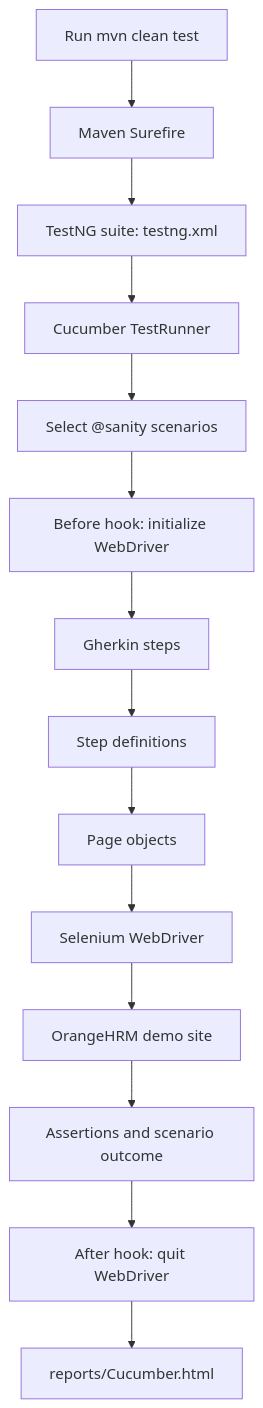
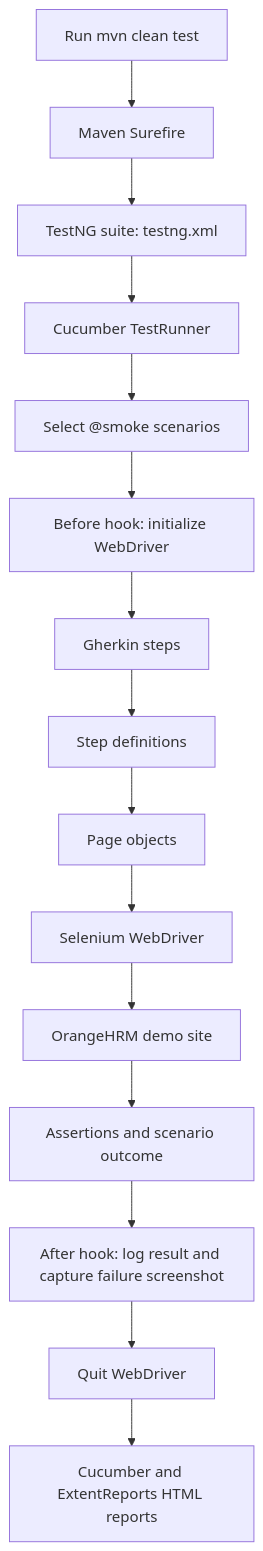
One commit to Sameer-Programmer/2026_Enterprise_DEMO_BDD_Project changed the first of 2 diagrams in README.md. Above: the diagram before and after it, drawn with Mermaid. The commit also changed other lines of this file, not shown here.

Commit message:
docs: update README for ExtentReports

````diff
--- a/README.md
+++ b/README.md
@@ -142,16 +144,17 @@
 ```mermaid
 flowchart TD
     A[Run mvn clean test] --> B[Maven Surefire]
     B --> C[TestNG suite: testng.xml]
     C --> D[Cucumber TestRunner]
-    D --> E[Select @sanity scenarios]
+    D --> E[Select @smoke scenarios]
     E --> F[Before hook: initialize WebDriver]
     F --> G[Gherkin steps]
     G --> H[Step definitions]
     H --> I[Page objects]
     I --> J[Selenium WebDriver]
     J --> K[OrangeHRM demo site]
     K --> L[Assertions and scenario outcome]
-    L --> M[After hook: quit WebDriver]
-    M --> N[reports/Cucumber.html]
+    L --> M[After hook: log result and capture failure screenshot]
+    M --> N[Quit WebDriver]
+    N --> O[Cucumber and ExtentReports HTML reports]
 ```
````
